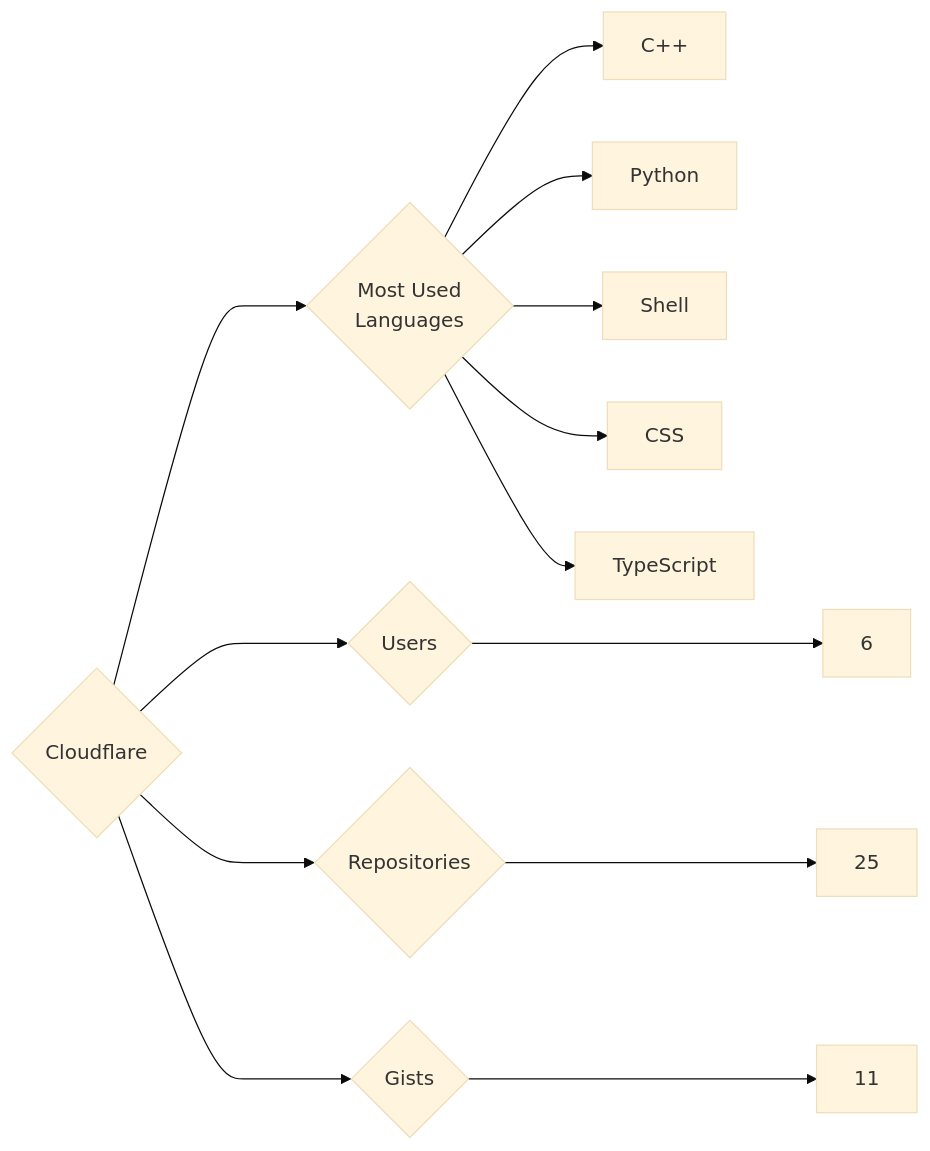
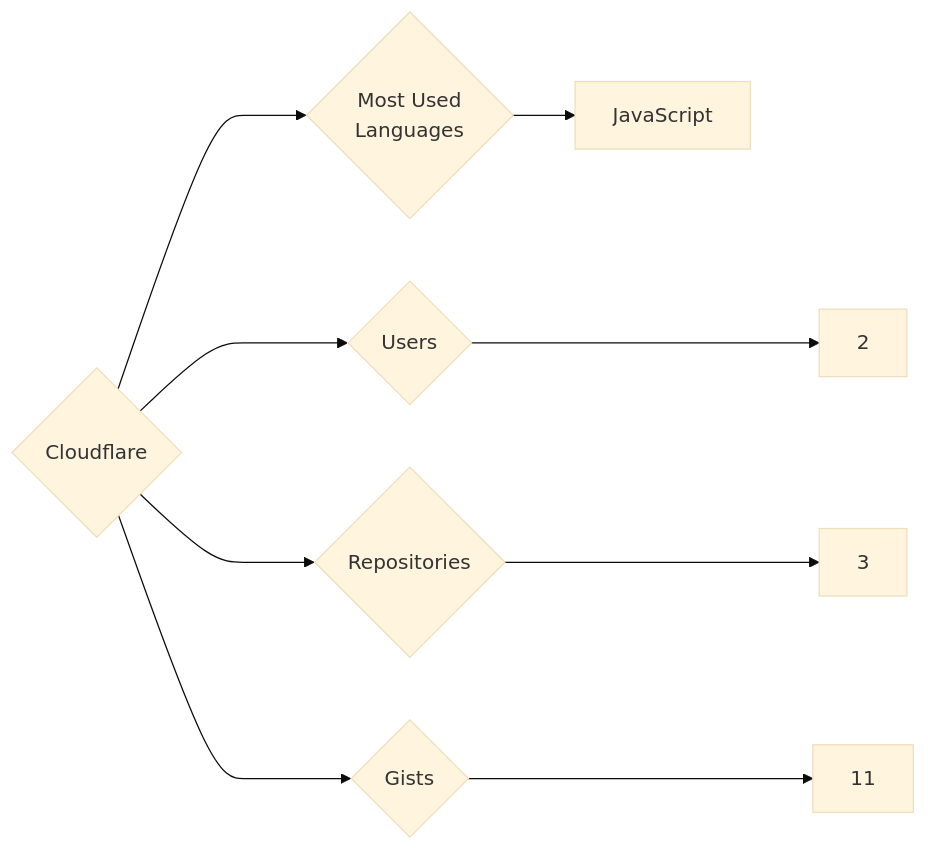
One commit to trickest/insiders changed the diagram in targets/Cloudflare/README.md. Above: the diagram before and after it, drawn with Mermaid (base theme). The commit also changed 559 other files, not shown here.

````diff
--- a/targets/Cloudflare/README.md
+++ b/targets/Cloudflare/README.md
@@ -3,13 +3,9 @@
 ```mermaid
 graph LR
 COMPANY_NAME{Cloudflare}
-COMPANY_NAME ---> U{Users} ---> UN[6]
-COMPANY_NAME ---> R{Repositories} ---> RN[25]
+COMPANY_NAME ---> U{Users} ---> UN[2]
+COMPANY_NAME ---> R{Repositories} ---> RN[3]
 COMPANY_NAME ---> G{Gists} ---> GN[11]
 COMPANY_NAME ---> ML{Most Used<br>Languages}
-ML --> C++[C++]
-ML --> Python[Python]
-ML --> Shell[Shell]
-ML --> CSS[CSS]
-ML --> TypeScript[TypeScript]
+ML --> JavaScript[JavaScript]
 ```
````
